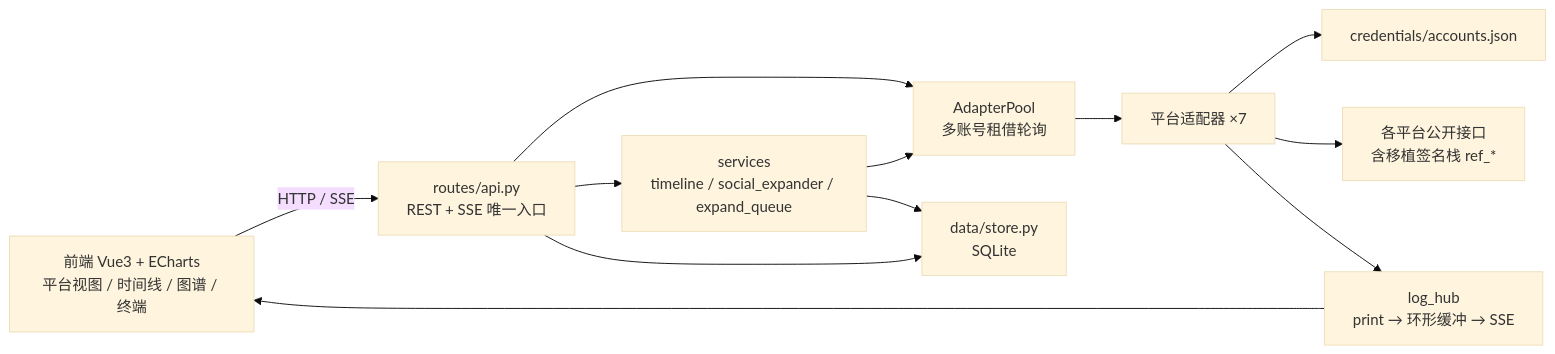
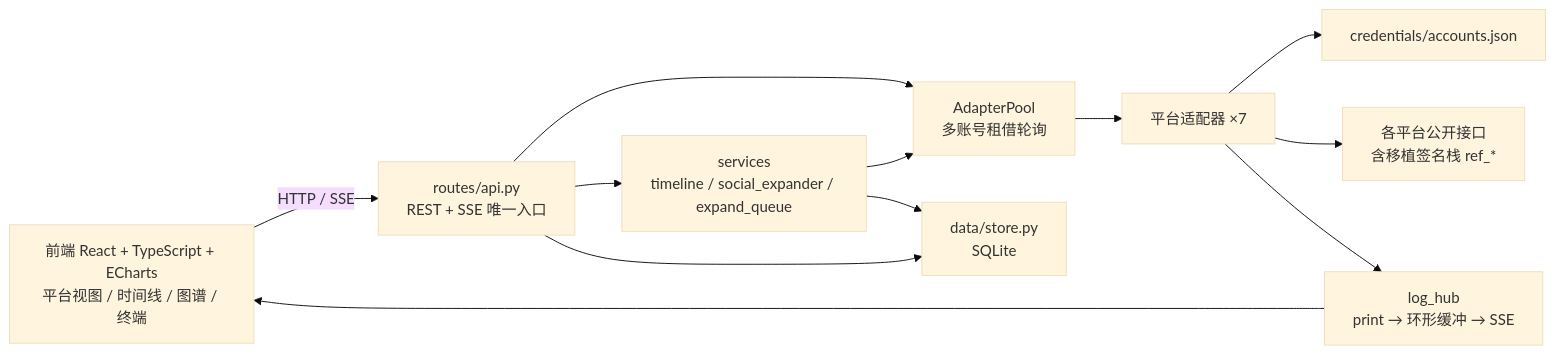
One commit to chenglei6-arch/Sight changed the first of 2 diagrams in README.md. Above: the diagram before and after it, drawn with Mermaid (base theme). The commit also changed other lines of this file and 117 other files, not shown here.

````diff
--- a/README.md
+++ b/README.md
@@ -55,24 +55,24 @@
 ```mermaid
 flowchart LR
-    UI["前端 Vue3 + ECharts<br/>平台视图 / 时间线 / 图谱 / 终端"]
+    UI["前端 React + TypeScript + ECharts<br/>平台视图 / 时间线 / 图谱 / 终端"]
     API["routes/api.py<br/>REST + SSE 唯一入口"]
     POOL["AdapterPool<br/>多账号租借轮询"]
     ADP["平台适配器 ×7"]
     CRED["credentials/accounts.json"]
     NET["各平台公开接口<br/>含移植签名栈 ref_*"]
     SVC["services<br/>timeline / social_expander / expand_queue"]
     DB["data/store.py<br/>SQLite"]
     LOG["log_hub<br/>print → 环形缓冲 → SSE"]
 
     UI -->|HTTP / SSE| API
     API --> POOL
     API --> SVC
     SVC --> POOL
     POOL --> ADP
     ADP --> CRED
     ADP --> NET
     API --> DB
     SVC --> DB
     ADP --> LOG
     LOG --> UI
 ```
````
